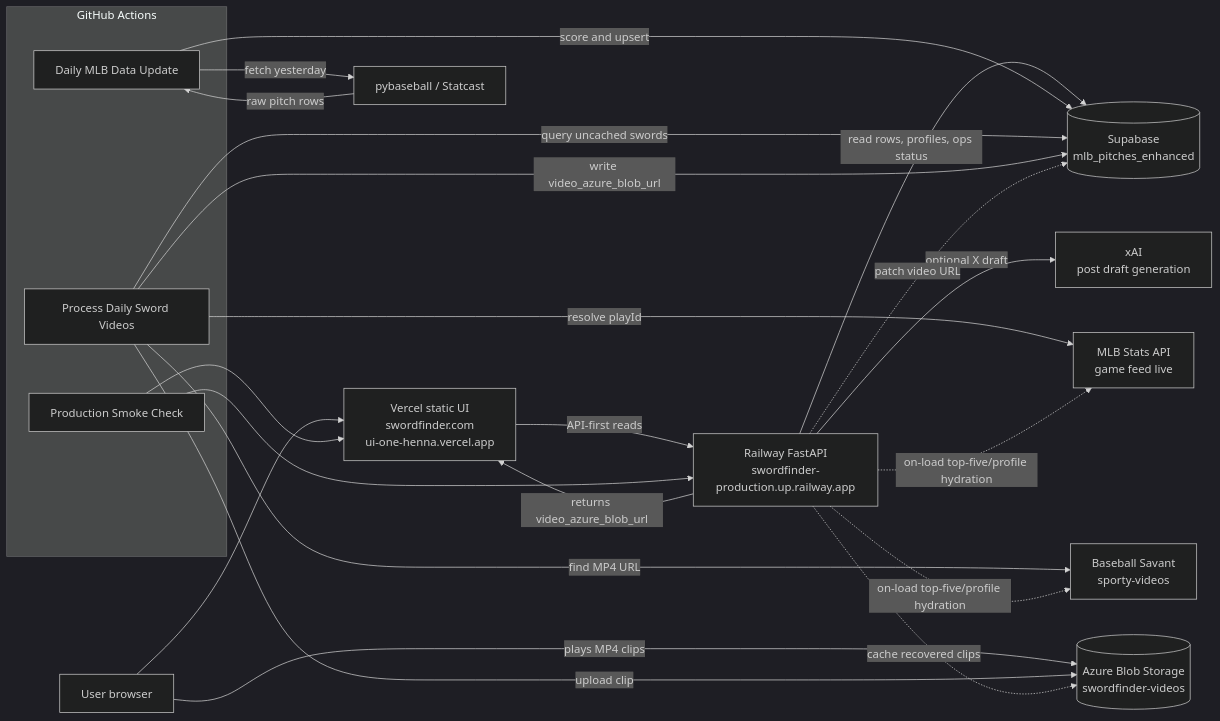
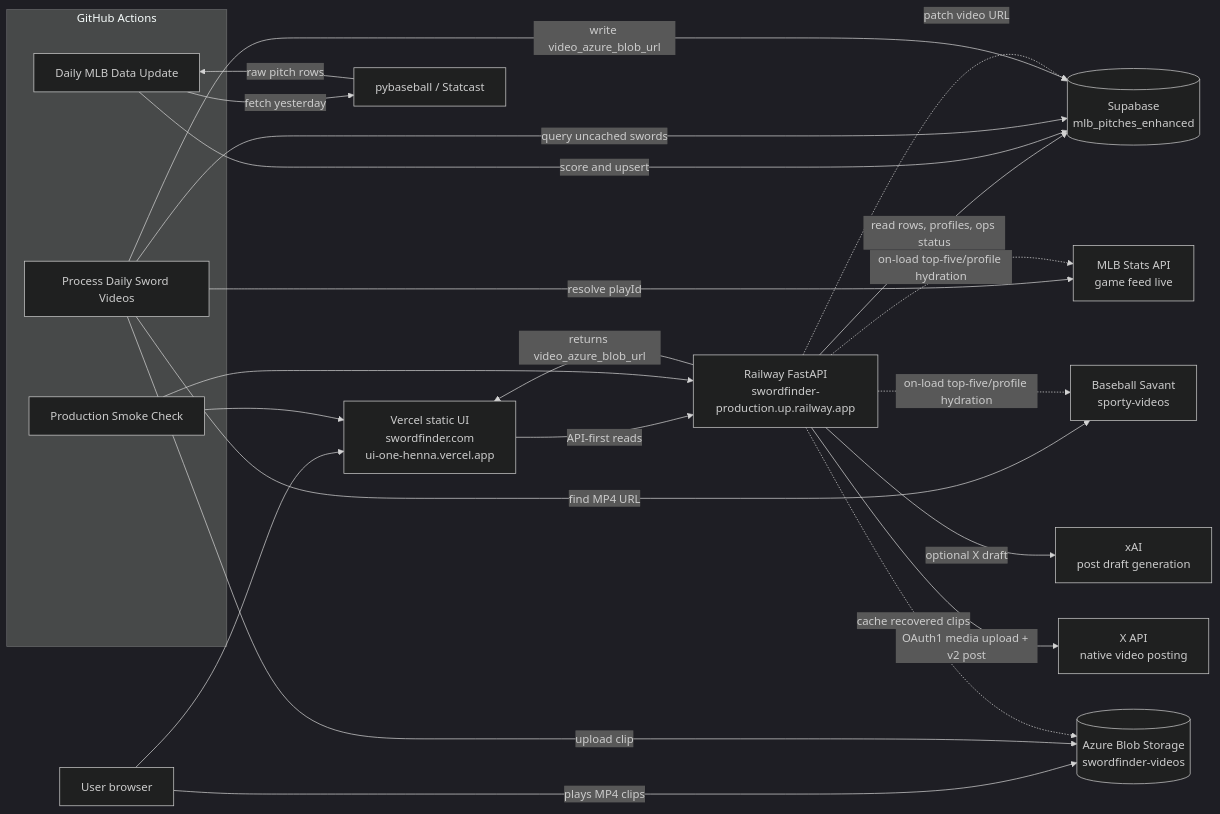
The diagram in README.md (joewilsonai/SwordFinder), drawn with Mermaid (dark theme) before and after one commit. The commit also changed other lines of this file and 1 other file, not shown here.

Commit message:
docs: document X video upload flow

````diff
--- a/README.md
+++ b/README.md
@@ -19,44 +19,46 @@
 ```mermaid
 flowchart LR
     user[User browser]
     vercel[Vercel static UI<br/>swordfinder.com<br/>ui-one-henna.vercel.app]
     api[Railway FastAPI<br/>swordfinder-production.up.railway.app]
     db[(Supabase<br/>mlb_pitches_enhanced)]
     azure[(Azure Blob Storage<br/>swordfinder-videos)]
     xai[xAI<br/>post draft generation]
+    xapi[X API<br/>native video posting]
 
     user --> vercel
     vercel -->|API-first reads| api
     api -->|read rows, profiles, ops status| db
     api -->|optional X draft| xai
+    api -->|OAuth1 media upload + v2 post| xapi
     api -->|returns video_azure_blob_url| vercel
     user -->|plays MP4 clips| azure
 
     subgraph GitHub Actions
         daily[Daily MLB Data Update]
         videos[Process Daily Sword Videos]
         smoke[Production Smoke Check]
     end
 
     statcast[pybaseball / Statcast]
     statsapi[MLB Stats API<br/>game feed live]
     savant[Baseball Savant<br/>sporty-videos]
 
     daily -->|fetch yesterday| statcast
     statcast -->|raw pitch rows| daily
     daily -->|score and upsert| db
 
     videos -->|query uncached swords| db
     videos -->|resolve playId| statsapi
     videos -->|find MP4 URL| savant
     videos -->|upload clip| azure
     videos -->|write video_azure_blob_url| db
 
     api -.->|on-load top-five/profile hydration| statsapi
     api -.->|on-load top-five/profile hydration| savant
     api -.->|cache recovered clips| azure
     api -.->|patch video URL| db
 
     smoke --> api
     smoke --> vercel
 ```
````
